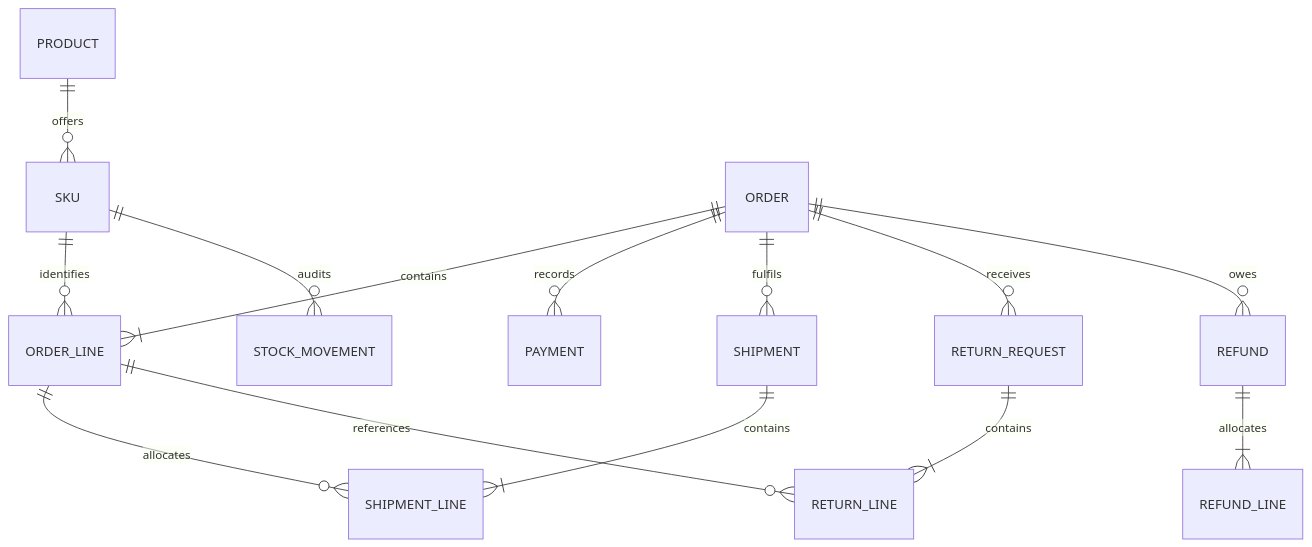
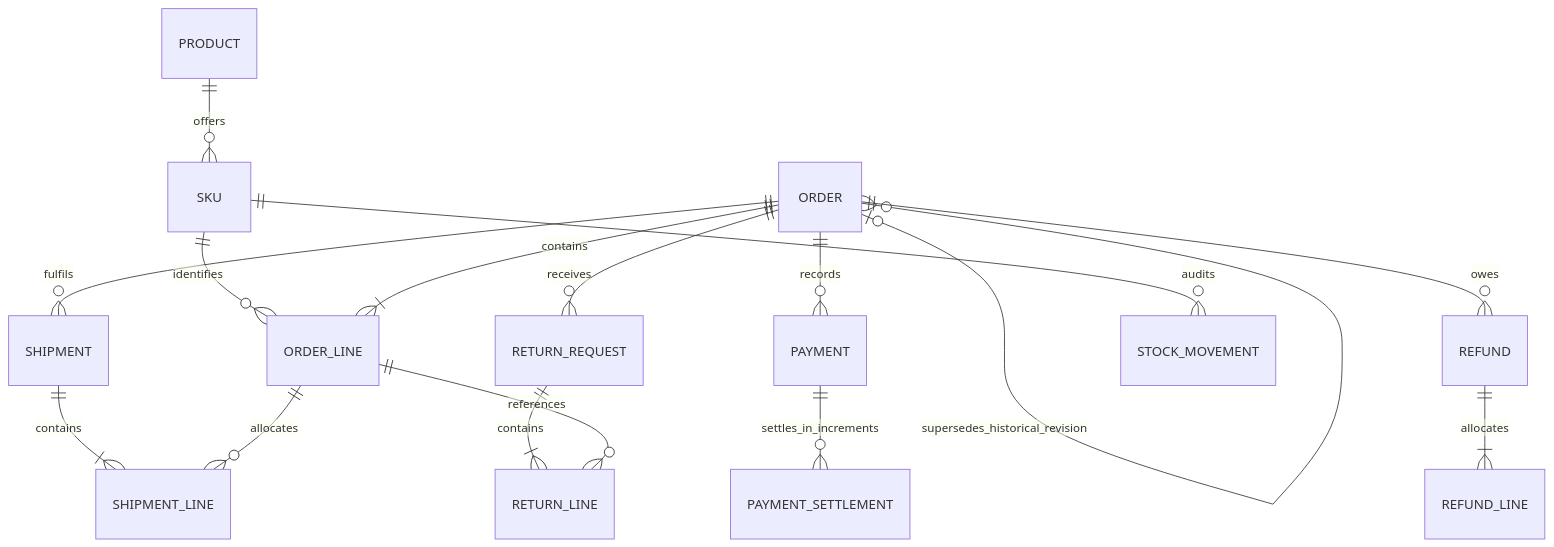
One commit to Shadman-Al-Muksit/productstat-commerce changed the second of 2 diagrams in docs/ARCHITECTURE.md. Above: the diagram before and after it, drawn with Mermaid. The commit also changed other lines of this file and 54 other files, not shown here.

````diff
--- a/docs/ARCHITECTURE.md
+++ b/docs/ARCHITECTURE.md
@@ -24,16 +24,18 @@
 ```mermaid
 erDiagram
   PRODUCT ||--o{ SKU : offers
   SKU ||--o{ ORDER_LINE : identifies
   ORDER ||--|{ ORDER_LINE : contains
   ORDER ||--o{ PAYMENT : records
+  PAYMENT ||--o{ PAYMENT_SETTLEMENT : settles_in_increments
+  ORDER o|--o{ ORDER : supersedes_historical_revision
   ORDER ||--o{ SHIPMENT : fulfils
   SHIPMENT ||--|{ SHIPMENT_LINE : contains
   ORDER_LINE ||--o{ SHIPMENT_LINE : allocates
   ORDER ||--o{ RETURN_REQUEST : receives
   RETURN_REQUEST ||--|{ RETURN_LINE : contains
   ORDER_LINE ||--o{ RETURN_LINE : references
   ORDER ||--o{ REFUND : owes
   REFUND ||--|{ REFUND_LINE : allocates
   SKU ||--o{ STOCK_MOVEMENT : audits
 ```
````
